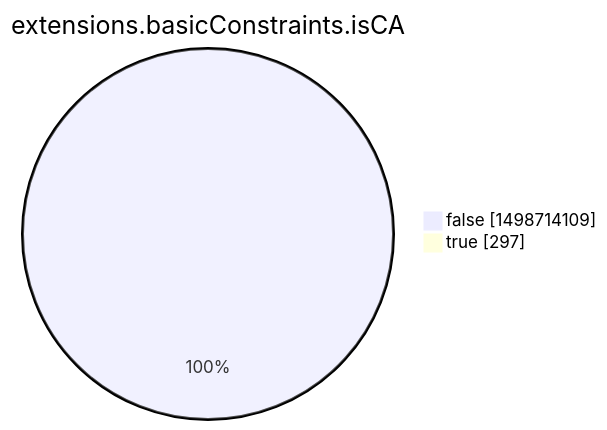
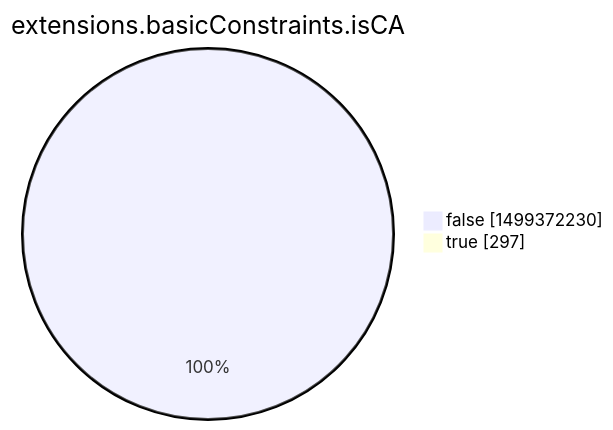
The eighth of 15 diagrams in argon2022/README.md (christiankrug/ctmonitor_visualization), drawn with Mermaid before and after one commit. The commit also changed other lines of this file, not shown here.

````diff
--- a/argon2022/README.md
+++ b/argon2022/README.md
@@ -2760,6 +2760,6 @@
 ```mermaid
 pie showData
 title extensions.basicConstraints.isCA
-"false" :1498714109
+"false" :1499372230
 "true" :297
 ```
````
